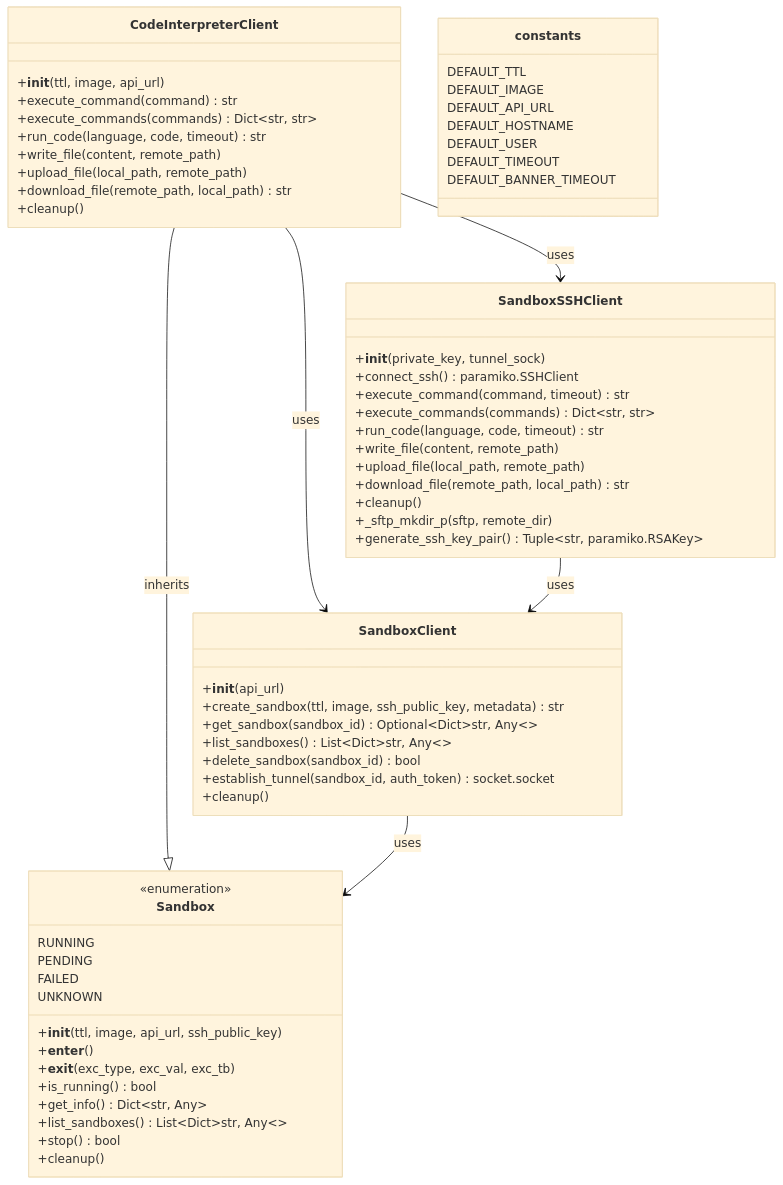
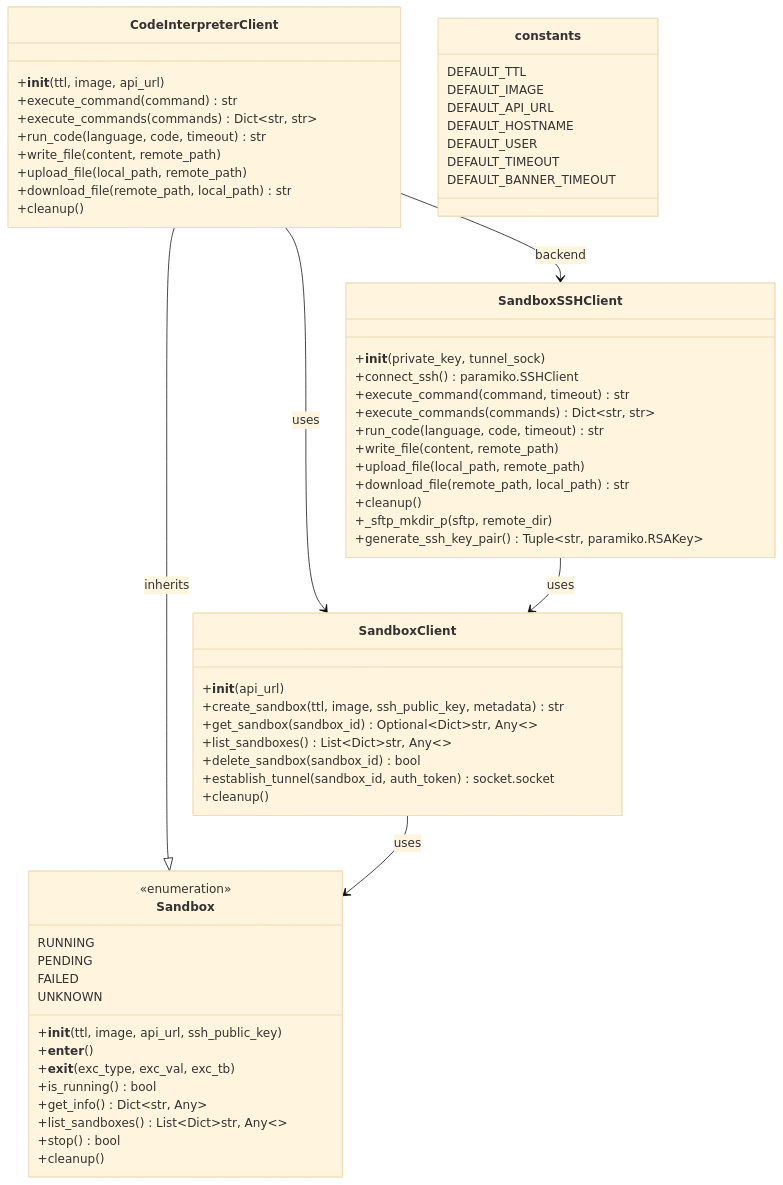
One commit to VanderChen/agentcube changed the third of 4 diagrams in docs/design/PicoD-Design.md. Above: the diagram before and after it, drawn with Mermaid (base theme). The commit also changed other lines of this file, not shown here.

````diff
--- a/docs/design/PicoD-Design.md
+++ b/docs/design/PicoD-Design.md
@@ -524,74 +524,74 @@
 ```mermaid
 classDiagram
     %% Base classes
     class Sandbox {
         <<enumeration>>
         RUNNING
         PENDING
         FAILED
         UNKNOWN
         +__init__(ttl, image, api_url, ssh_public_key)
         +__enter__()
         +__exit__(exc_type, exc_val, exc_tb)
         +is_running() bool
         +get_info() Dict~str, Any~
         +list_sandboxes() List~Dict~str, Any~~
         +stop() bool
         +cleanup()
     }
 
     class CodeInterpreterClient {
         +__init__(ttl, image, api_url)
         +execute_command(command) str
         +execute_commands(commands) Dict~str, str~
         +run_code(language, code, timeout) str
         +write_file(content, remote_path)
         +upload_file(local_path, remote_path)
         +download_file(remote_path, local_path) str
         +cleanup()
     }
 
     %% Client classes
     class SandboxClient {
         +__init__(api_url)
         +create_sandbox(ttl, image, ssh_public_key, metadata) str
         +get_sandbox(sandbox_id) Optional~Dict~str, Any~~
         +list_sandboxes() List~Dict~str, Any~~
         +delete_sandbox(sandbox_id) bool
         +establish_tunnel(sandbox_id, auth_token) socket.socket
         +cleanup()
     }
 
     class SandboxSSHClient {
         +__init__(private_key, tunnel_sock)
         +connect_ssh() paramiko.SSHClient
         +execute_command(command, timeout) str
         +execute_commands(commands) Dict~str, str~
         +run_code(language, code, timeout) str
         +write_file(content, remote_path)
         +upload_file(local_path, remote_path)
         +download_file(remote_path, local_path) str
         +cleanup()
         +_sftp_mkdir_p(sftp, remote_dir)
         +generate_ssh_key_pair() Tuple~str, paramiko.RSAKey~
     }
 
     %% Relationships
     CodeInterpreterClient --|> Sandbox : inherits
     SandboxClient --> Sandbox : uses
     CodeInterpreterClient --> SandboxClient : uses
-    CodeInterpreterClient --> SandboxSSHClient : uses
+    CodeInterpreterClient --> SandboxSSHClient : backend
     SandboxSSHClient --> SandboxClient : uses
 
     %% Constants and utilities
     class constants {
         DEFAULT_TTL
         DEFAULT_IMAGE
         DEFAULT_API_URL
         DEFAULT_HOSTNAME
         DEFAULT_USER
         DEFAULT_TIMEOUT
         DEFAULT_BANNER_TIMEOUT
     }
 
 ```
````
